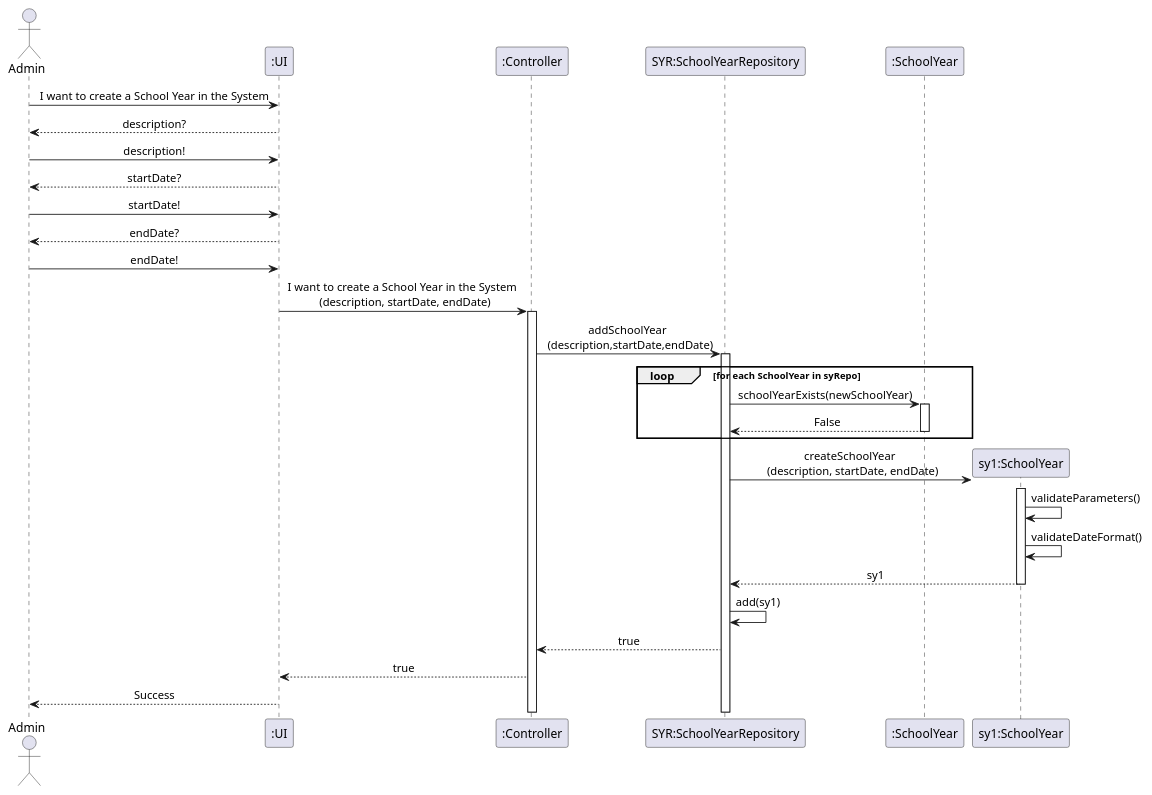
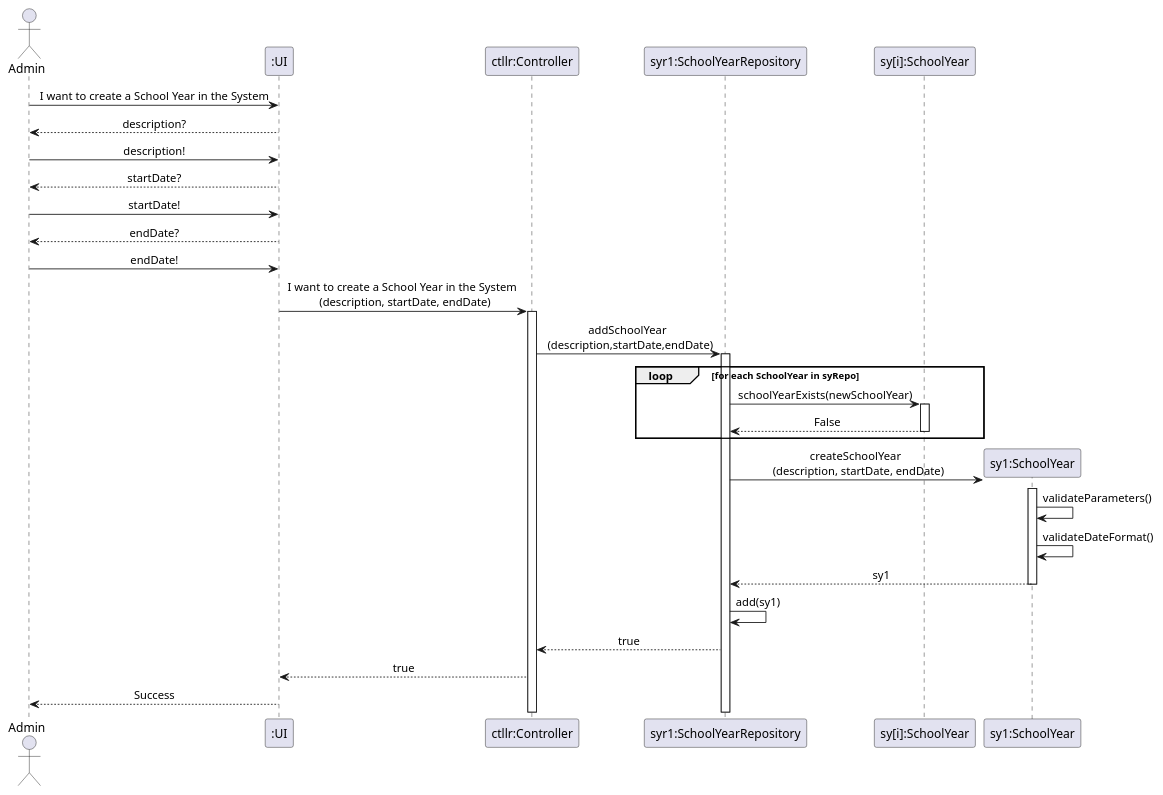
The diagram in docs/sequenceDiagrams/US07/US07_SequenceDiagram.puml (GasparISEP/DevOps-PAI), drawn with PlantUML before and after one commit. The commit also changed 2 other files, not shown here.

Commit message:
-Made changes to US07SequenceDiagram -Made changes to US15SequenceDiagram -Made changes to US15ClassDiagram

```diff
--- a/docs/sequenceDiagrams/US07/US07_SequenceDiagram.puml
+++ b/docs/sequenceDiagrams/US07/US07_SequenceDiagram.puml
@@ -1,41 +1,41 @@
 @startuml
 skinparam sequenceMessageAlign center
 
 actor Admin
 participant ":UI" as UI
-participant ":Controller" as ctrl
-participant "SYR:SchoolYearRepository" as syRepo
-participant ":SchoolYear" as SY
+participant "ctllr:Controller" as ctrl
+participant "syr1:SchoolYearRepository" as syRepo
+participant "sy[i]:SchoolYear" as SY
 
 Admin -> UI : I want to create a School Year in the System
 UI --> Admin : description?
 Admin -> UI : description!
 UI --> Admin : startDate?
 Admin -> UI : startDate!
 UI --> Admin : endDate?
 Admin -> UI : endDate!
 
 UI -> ctrl : I want to create a School Year in the System \n (description, startDate, endDate)
 activate ctrl
 ctrl -> syRepo : addSchoolYear \n (description,startDate,endDate)
 activate syRepo
 loop for each SchoolYear in syRepo
     syRepo -> SY : schoolYearExists(newSchoolYear)
     activate SY
     SY --> syRepo : False
     deactivate SY
 end
 create "sy1:SchoolYear" as SchoolYear
 syRepo -> SchoolYear: createSchoolYear \n (description, startDate, endDate)
 activate SchoolYear
 SchoolYear -> SchoolYear : validateParameters()
 SchoolYear -> SchoolYear : validateDateFormat()
 SchoolYear --> syRepo: sy1
 deactivate SchoolYear
 
 syRepo -> syRepo : add(sy1)
 syRepo --> ctrl : true
 ctrl --> UI : true
 UI --> Admin : Success
 
 @enduml
```
